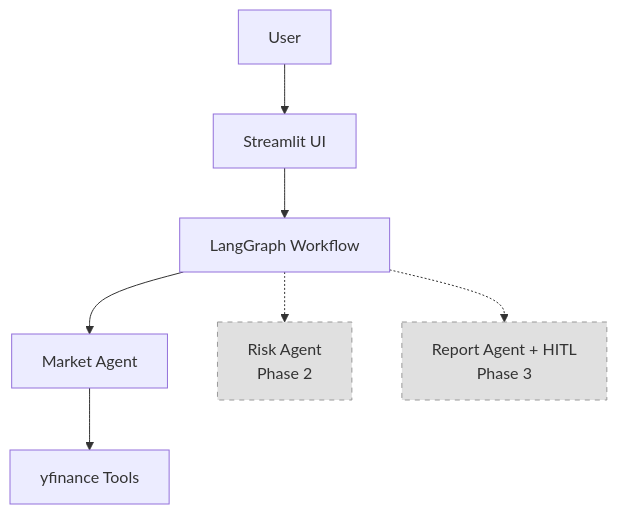
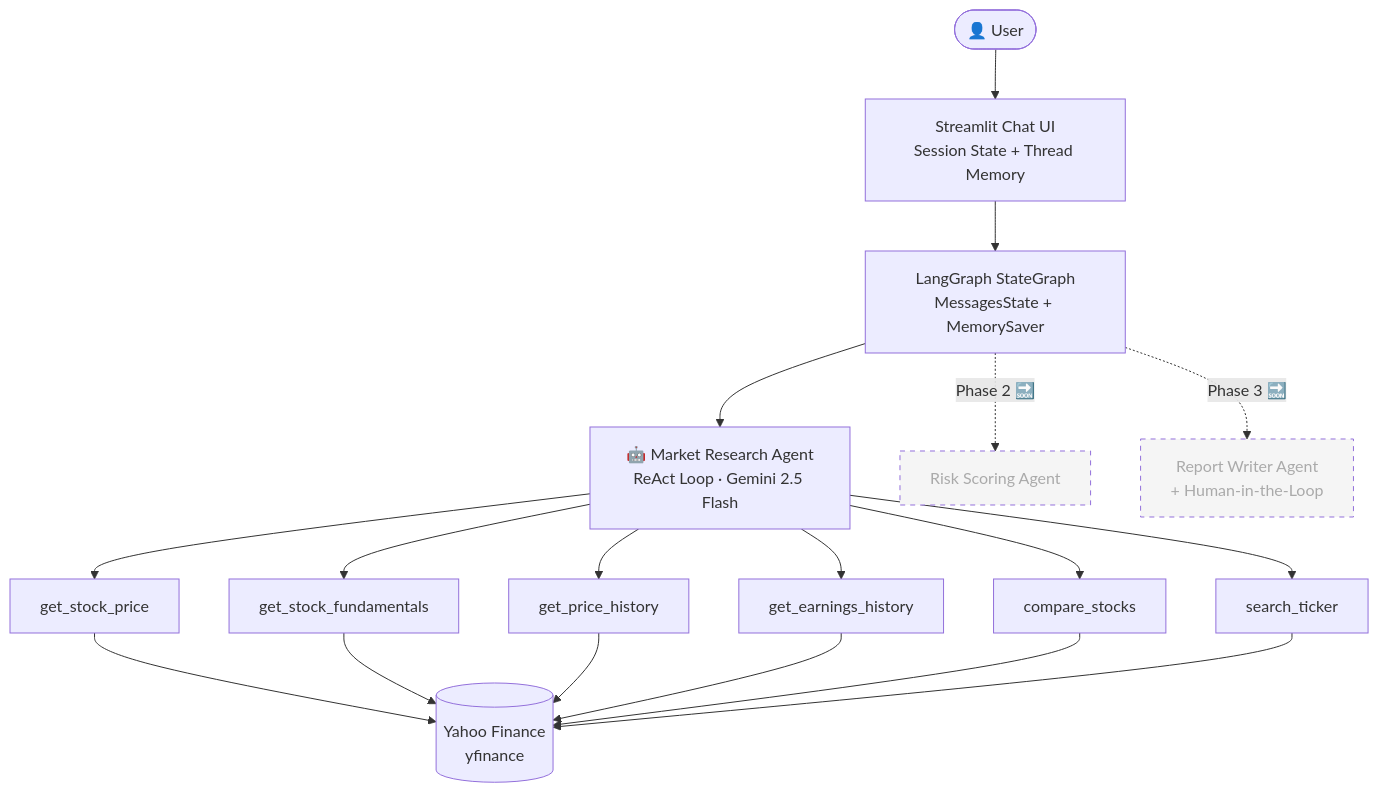
One commit to damerlaroja/fintech-ai-agent-playground changed the diagram in README.md. Above: the diagram before and after it, drawn with Mermaid. The commit also changed other lines of this file and 4 other files, not shown here.

````diff
--- a/README.md
+++ b/README.md
@@ -17,13 +45,21 @@
 ```mermaid
 flowchart TD
-    A[User] --> B[Streamlit UI]
-    B --> C[LangGraph Workflow]
-    C --> D[Market Agent]
-    D --> E[yfinance Tools]
-    
-    C -.-> F[Risk Agent<br/>Phase 2]
-    C -.-> G[Report Agent + HITL<br/>Phase 3]
-    
-    style F fill:#e0e0e0,stroke:#999,stroke-dasharray: 5 5
-    style G fill:#e0e0e0,stroke:#999,stroke-dasharray: 5 5
+    User([👤 User]) --> UI[Streamlit Chat UI\nSession State + Thread Memory]
+    UI --> WF[LangGraph StateGraph\nMessagesState + MemorySaver]
+    WF --> MA[🤖 Market Research Agent\nReAct Loop · Gemini 2.5 Flash]
+
+    MA --> T1[get_stock_price]
+    MA --> T2[get_stock_fundamentals]
+    MA --> T3[get_price_history]
+    MA --> T4[get_earnings_history]
+    MA --> T5[compare_stocks]
+    MA --> T6[search_ticker]
+
+    T1 & T2 & T3 & T4 & T5 & T6 --> YF[(Yahoo Finance\nyfinance)]
+
+    WF -.->|Phase 2 🔜| RA[Risk Scoring Agent]
+    WF -.->|Phase 3 🔜| RPT[Report Writer Agent\n+ Human-in-the-Loop]
+
+    style RA stroke-dasharray: 5 5, fill:#f5f5f5, color:#aaa
+    style RPT stroke-dasharray: 5 5, fill:#f5f5f5, color:#aaa
 ```
````
